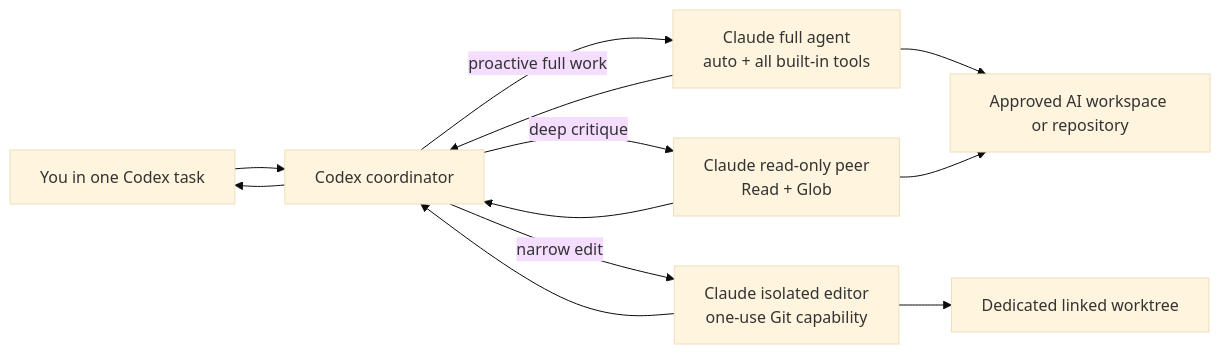
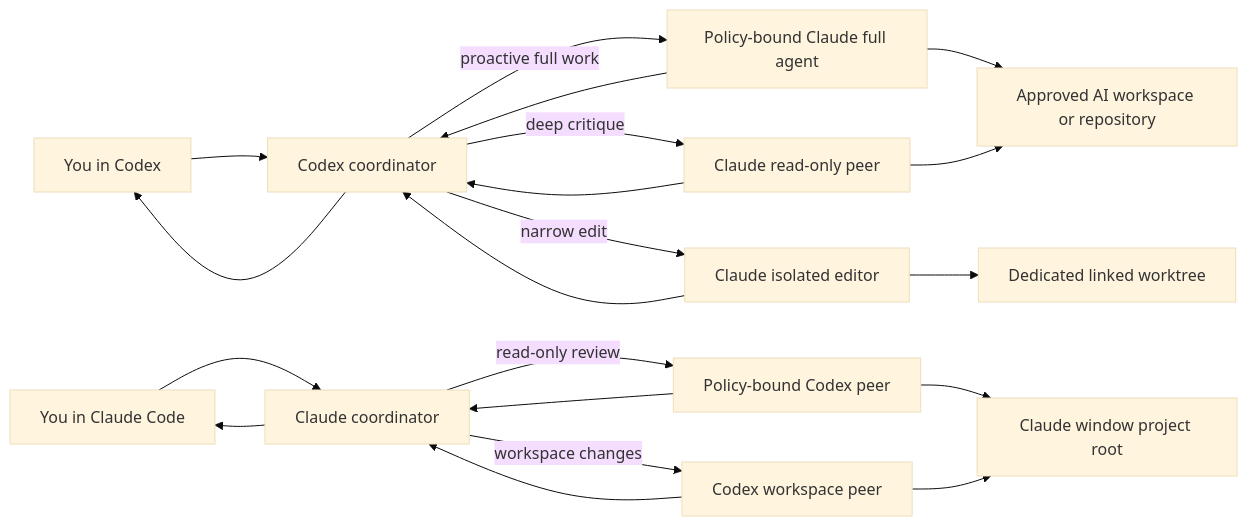
Before and after one commit to portaluniversidade/codex-claude-duo: the diagram in README.md, drawn with Mermaid (base theme). The commit also changed other lines of this file and 9 other files, not shown here.

Commit message:
Add reciprocal Codex bridge for Claude Code

````diff
--- a/README.md
+++ b/README.md
@@ -36,14 +36,22 @@
 ```mermaid
 flowchart LR
-    U["You in one Codex task"] --> C["Codex coordinator"]
-    C -->|"proactive full work"| F["Claude full agent\nauto + all built-in tools"]
-    C -->|"deep critique"| R["Claude read-only peer\nRead + Glob"]
-    C -->|"narrow edit"| I["Claude isolated editor\none-use Git capability"]
+    U["You in Codex"] --> C["Codex coordinator"]
+    V["You in Claude Code"] --> H["Claude coordinator"]
+    C -->|"proactive full work"| F["Policy-bound Claude full agent"]
+    C -->|"deep critique"| R["Claude read-only peer"]
+    C -->|"narrow edit"| I["Claude isolated editor"]
+    H -->|"read-only review"| P["Policy-bound Codex peer"]
+    H -->|"workspace changes"| X["Codex workspace peer"]
     F --> W["Approved AI workspace or repository"]
     R --> W
     I --> G["Dedicated linked worktree"]
+    P --> Q["Claude window project root"]
+    X --> Q
     F --> C
     R --> C
     I --> C
+    P --> H
+    X --> H
     C --> U
+    H --> V
 ```
````
